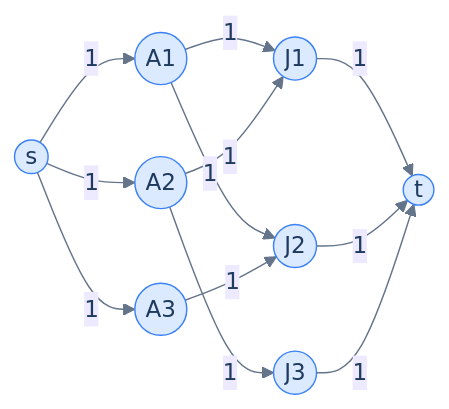
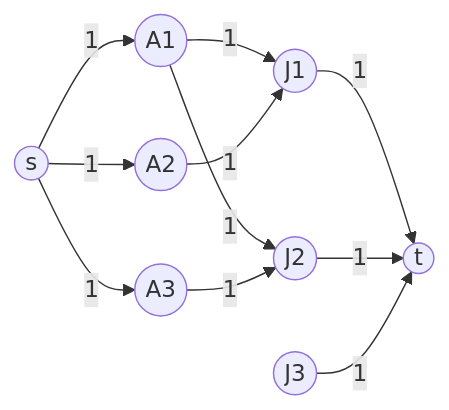
Before and after one commit to ani2fun/codefolio: the diagram in content/cortex/data-structures-and-algorithms/04-graphs/11-maximum-bipartite-matching.md, drawn with Mermaid. The commit also changed other lines of this file and 1049 other files, not shown here.

````diff
--- a/content/cortex/data-structures-and-algorithms/04-graphs/11-maximum-bipartite-matching.md
+++ b/content/cortex/data-structures-and-algorithms/04-graphs/11-maximum-bipartite-matching.md
@@ -161,25 +68,13 @@
 ```mermaid
----
-config:
-  theme: base
-  themeVariables:
-    primaryColor: "#dbeafe"
-    primaryBorderColor: "#3b82f6"
-    primaryTextColor: "#1e3a5f"
-    lineColor: "#64748b"
-    secondaryColor: "#ede9fe"
-    tertiaryColor: "#fef9c3"
----
 flowchart LR
-    S((s)) -->|"1"| A1((A1))
-    S -->|"1"| A2((A2))
-    S -->|"1"| A3((A3))
-    A1 -->|"1"| J1((J1))
-    A1 -->|"1"| J2((J2))
-    A2 -->|"1"| J1
-    A2 -->|"1"| J3((J3))
-    A3 -->|"1"| J2
-    J1 -->|"1"| T((t))
-    J2 -->|"1"| T
-    J3 -->|"1"| T
+    S((s)) -->|1| A1((A1))
+    S -->|1| A2((A2))
+    S -->|1| A3((A3))
+    A1 -->|1| J1((J1))
+    A1 -->|1| J2((J2))
+    A2 -->|1| J1
+    A3 -->|1| J2
+    J1 -->|1| T((t))
+    J2 -->|1| T
+    J3((J3)) -->|1| T
 ```
````
